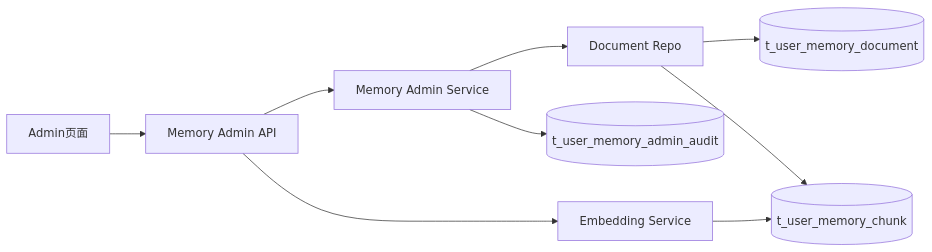
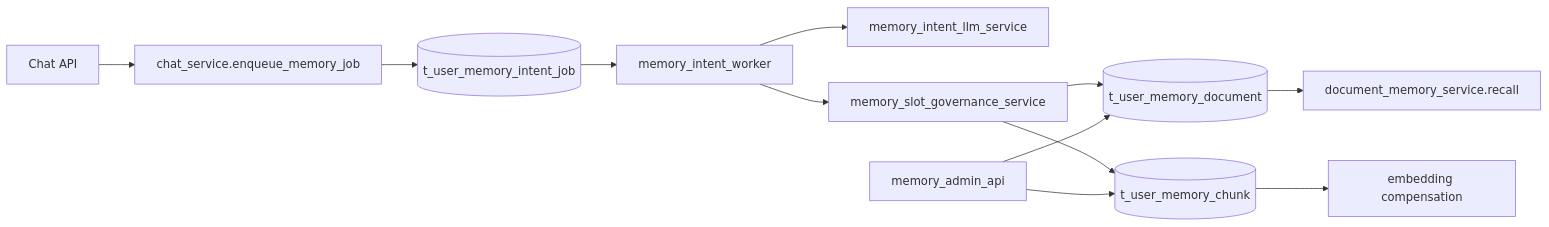
Before and after one commit to jijingkun-commits/fastapi: the diagram in docs/内部参考/迭代需求/用户个性化永久记忆与管理能力_implementation_plan.md, drawn with Mermaid. The commit also changed other lines of this file and 38 other files, not shown here.

````diff
--- a/docs/内部参考/迭代需求/用户个性化永久记忆与管理能力_implementation_plan.md
+++ b/docs/内部参考/迭代需求/用户个性化永久记忆与管理能力_implementation_plan.md
@@ -88,11 +85,14 @@
 ```mermaid
 flowchart LR
-A[Admin页面] --> B[Memory Admin API]
-B --> C[Memory Admin Service]
-C --> D[Document Repo]
-D --> E[(t_user_memory_document)]
-D --> F[(t_user_memory_chunk)]
-C --> G[(t_user_memory_admin_audit)]
-B --> H[Embedding Service]
-H --> F
+A["Chat API"] --> B["chat_service.enqueue_memory_job"]
+B --> C[("t_user_memory_intent_job")]
+C --> D["memory_intent_worker"]
+D --> E["memory_intent_llm_service"]
+D --> F["memory_slot_governance_service"]
+F --> G[("t_user_memory_document")]
+F --> H[("t_user_memory_chunk")]
+H --> I["embedding compensation"]
+G --> J["document_memory_service.recall"]
+K["memory_admin_api"] --> G
+K --> H
 ```
````
